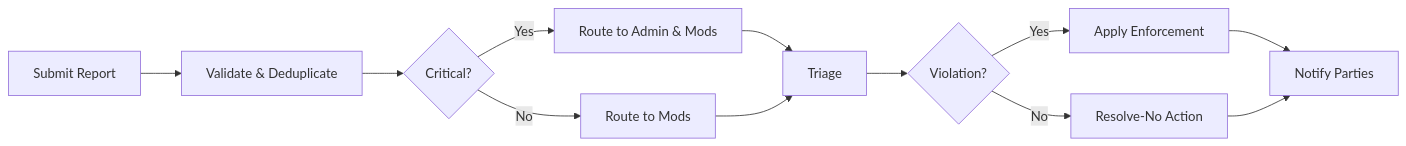
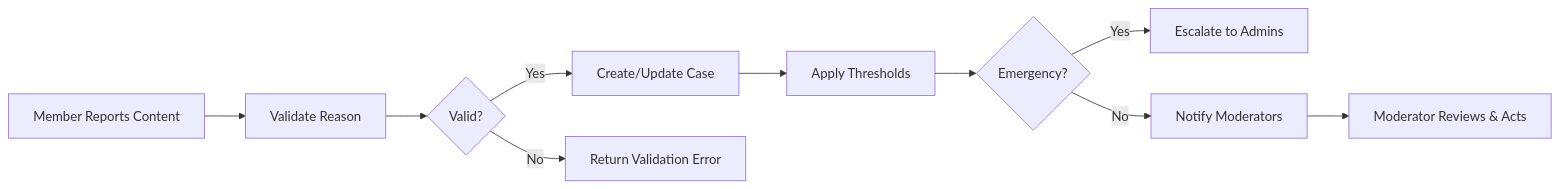
Before and after one commit to wrtnlabs/autobe-examples: the seventh of 7 diagrams in openai/gpt-5/reddit/docs/analysis/02-communityPlatform-business-model.md, drawn with Mermaid. The commit also changed other lines of this file and 16146 other files, not shown here.

````diff
--- a/openai/gpt-5/reddit/docs/analysis/02-communityPlatform-business-model.md
+++ b/openai/gpt-5/reddit/docs/analysis/02-communityPlatform-business-model.md
@@ -280,14 +204,12 @@
 ```mermaid
 graph LR
-  A["Submit Report"] --> B["Validate & Deduplicate"]
-  B --> C{"Critical?"}
-  C -->|"Yes"| D["Route to Admin & Mods"]
-  C -->|"No"| E["Route to Mods"]
-  D --> F["Triage"]
-  E --> F
-  F --> G{"Violation?"}
-  G -->|"Yes"| H["Apply Enforcement"]
-  G -->|"No"| I["Resolve-No Action"]
-  H --> J["Notify Parties"]
-  I --> J
+  A["Member Reports Content"] --> B["Validate Reason"]
+  B --> C{"Valid?"}
+  C -->|"Yes"| D["Create/Update Case"]
+  D --> E["Apply Thresholds"]
+  E --> F{"Emergency?"}
+  F -->|"Yes"| G["Escalate to Admins"]
+  F -->|"No"| H["Notify Moderators"]
+  H --> I["Moderator Reviews & Acts"]
+  C -->|"No"| X["Return Validation Error"]
 ```
````
